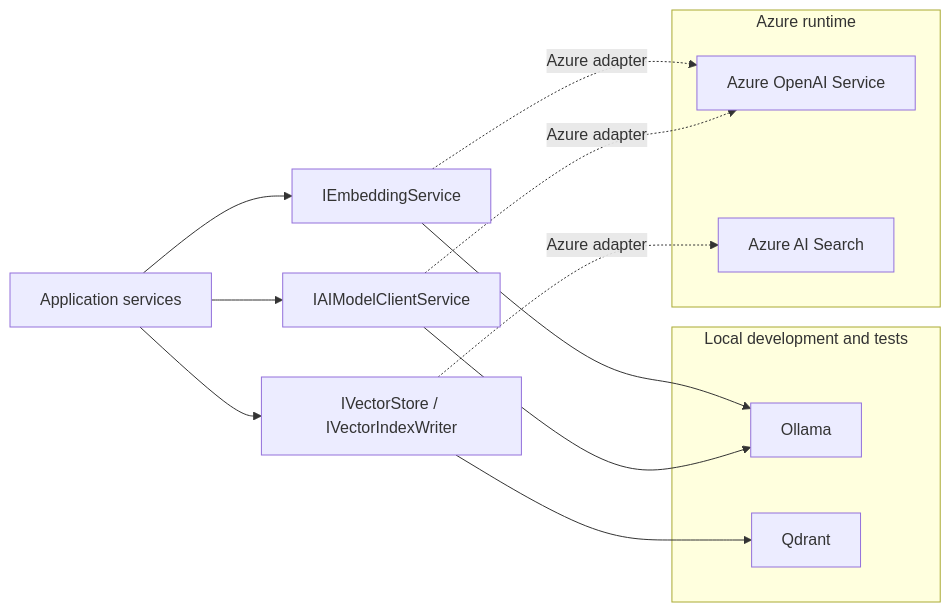
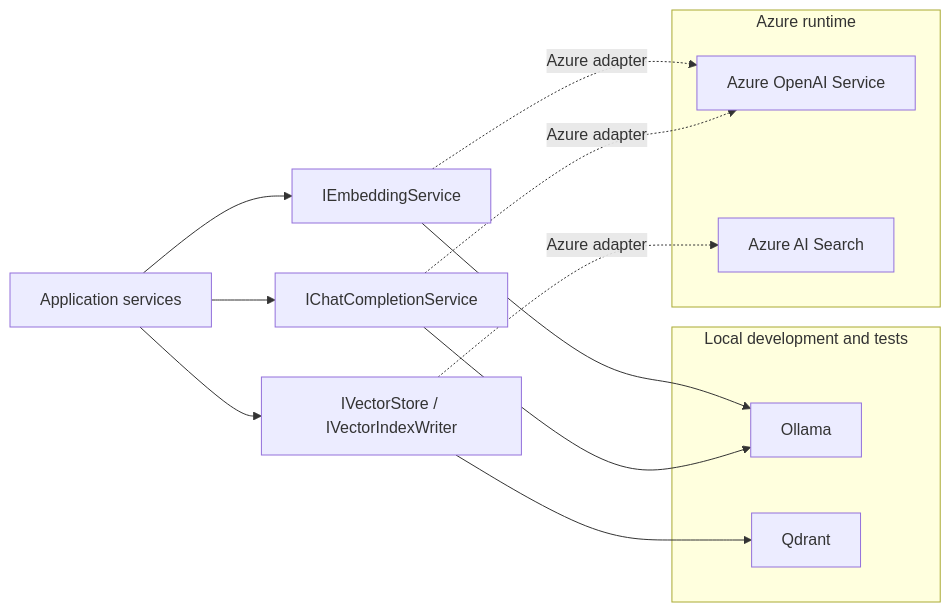
One commit to sergmigelodessa/drug-explorer-microservices changed the first of 2 diagrams in docs/microservices-architecture-diagrams.md. Above: the diagram before and after it, drawn with Mermaid. The commit also changed other lines of this file and 42 other files, not shown here.

````diff
--- a/docs/microservices-architecture-diagrams.md
+++ b/docs/microservices-architecture-diagrams.md
@@ -5,26 +5,26 @@
 ```mermaid
 flowchart LR
     App[Application services]
     Embed[IEmbeddingService]
-    Chat[IAIModelClientService]
+    Chat[IChatCompletionService]
     Vector[IVectorStore / IVectorIndexWriter]
     App --> Embed
     App --> Chat
     App --> Vector
 
     subgraph Local["Local development and tests"]
         Ollama[Ollama]
         Qdrant[Qdrant]
     end
     Embed --> Ollama
     Chat --> Ollama
     Vector --> Qdrant
 
     subgraph Azure["Azure runtime"]
         OpenAI[Azure OpenAI Service]
         Search[Azure AI Search]
     end
     Embed -. Azure adapter .-> OpenAI
     Chat -. Azure adapter .-> OpenAI
     Vector -. Azure adapter .-> Search
 ```
````
